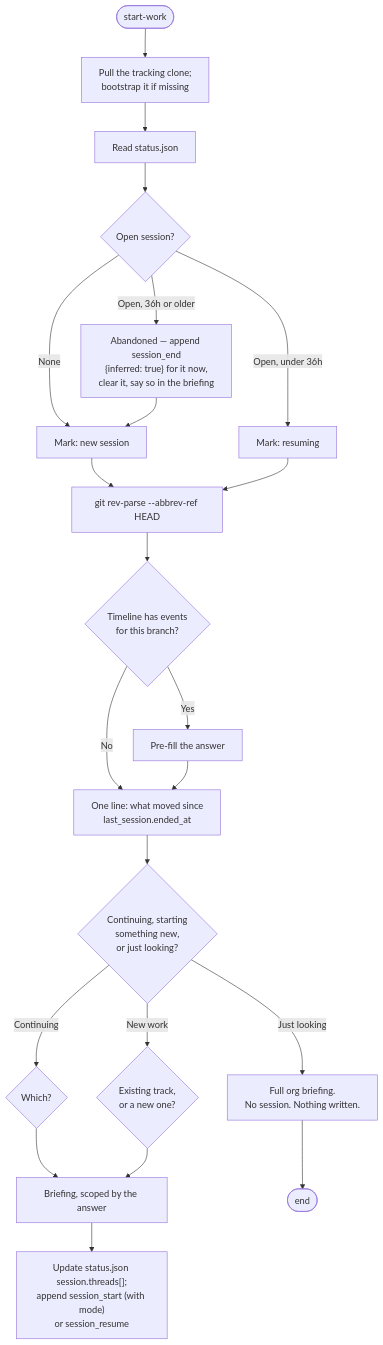
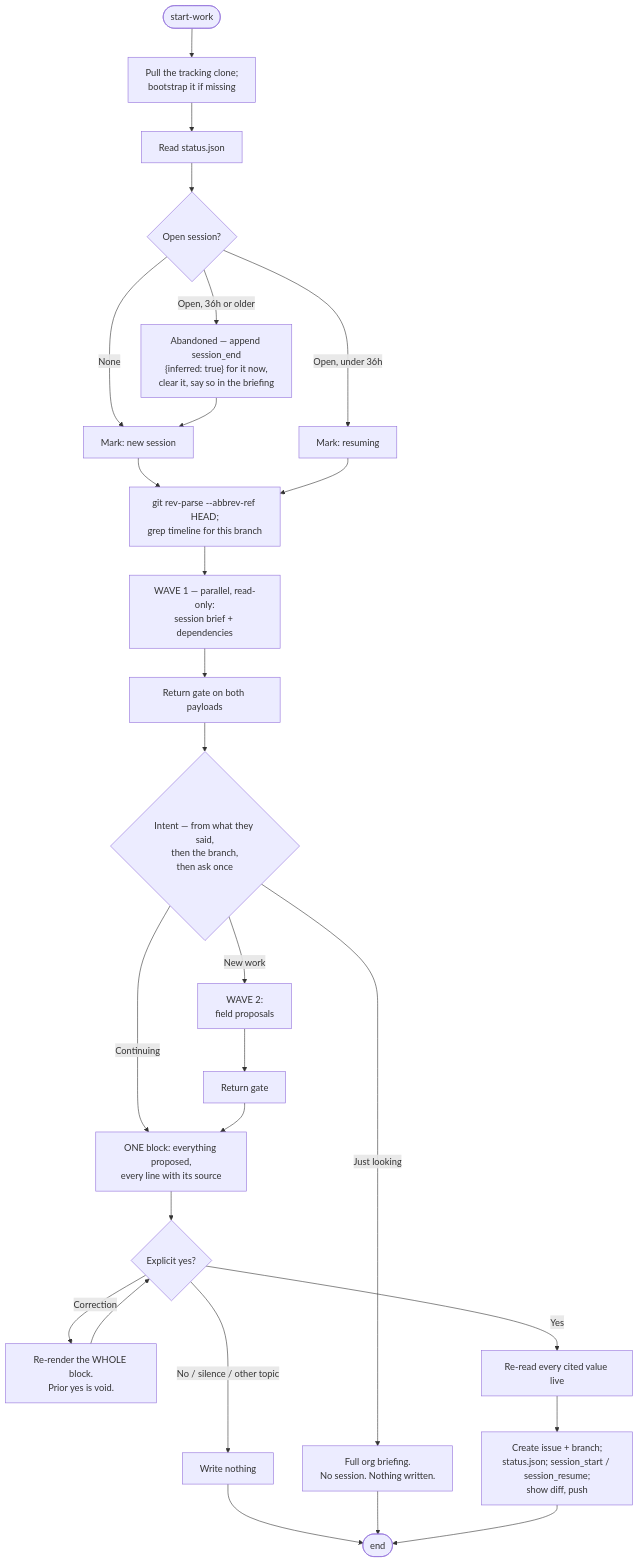
The diagram in .claude/skills/start-work/SKILL.md (alimohammed1624/skills), drawn with Mermaid before and after one commit. The commit also changed other lines of this file and 11 other files, not shown here.

````diff
--- a/.claude/skills/start-work/SKILL.md
+++ b/.claude/skills/start-work/SKILL.md
@@ -36,28 +341,31 @@
 ```mermaid
 flowchart TD
     START([start-work]) --> SYNC["Pull the tracking clone;<br/>bootstrap it if missing"]
     SYNC --> READ["Read status.json"]
     READ --> SESS{Open session?}
     SESS -->|None| NEW["Mark: new session"]
     SESS -->|"Open, under 36h"| RES["Mark: resuming"]
     SESS -->|"Open, 36h or older"| STALE["Abandoned — append session_end<br/>{inferred: true} for it now,<br/>clear it, say so in the briefing"]
     STALE --> NEW
     NEW --> BR
     RES --> BR
-    BR["git rev-parse --abbrev-ref HEAD"] --> LOOK{Timeline has events<br/>for this branch?}
+    BR["git rev-parse --abbrev-ref HEAD;<br/>grep timeline for this branch"] --> W1["WAVE 1 — parallel, read-only:<br/>session brief + dependencies"]
 
-    LOOK -->|Yes| PRE["Pre-fill the answer"]
-    LOOK -->|No| GLANCE
-    PRE --> GLANCE["One line: what moved since<br/>last_session.ended_at"]
+    W1 --> GATE1["Return gate on both payloads"]
+    GATE1 --> INTENT{Intent — from what they said,<br/>then the branch,<br/>then ask once}
 
-    GLANCE --> Q1{Continuing, starting<br/>something new,<br/>or just looking?}
+    INTENT -->|Continuing| BLOCK
+    INTENT -->|New work| W2["WAVE 2:<br/>field proposals"]
+    INTENT -->|Just looking| BROWSE["Full org briefing.<br/>No session. Nothing written."]
 
-    Q1 -->|Continuing| Q2{Which?}
-    Q1 -->|New work| Q3{Existing track,<br/>or a new one?}
-    Q1 -->|Just looking| BROWSE["Full org briefing.<br/>No session. Nothing written."]
+    W2 --> GATE2["Return gate"] --> BLOCK
 
-    Q2 --> BRIEF["Briefing, scoped by the answer"]
-    Q3 --> BRIEF
+    BLOCK["ONE block: everything proposed,<br/>every line with its source"] --> YES{Explicit yes?}
+    YES -->|Correction| REDO["Re-render the WHOLE block.<br/>Prior yes is void."] --> YES
+    YES -->|No / silence / other topic| NOTHING["Write nothing"] --> DONE
+    YES -->|Yes| RECHECK["Re-read every cited value live"]
+    RECHECK --> WRITE["Create issue + branch;<br/>status.json; session_start / session_resume;<br/>show diff, push"]
+
     BROWSE --> DONE([end])
-    BRIEF --> WRITE["Update status.json session.threads[];<br/>append session_start (with mode)<br/>or session_resume"]
+    WRITE --> DONE
 ```
````
